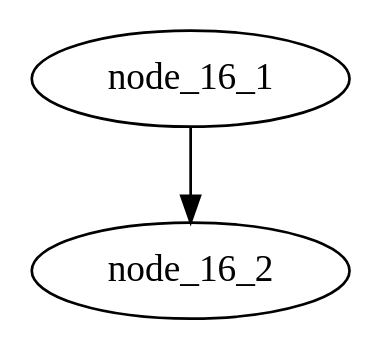
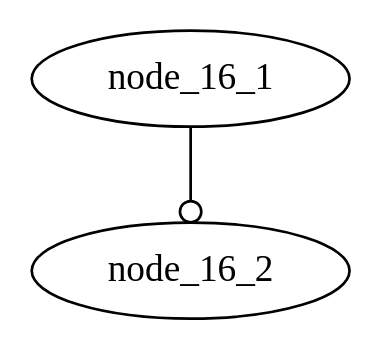
One commit to graphviz-perl/GraphViz2-Marpa changed the diagram in data/16.gv. Above: the diagram before and after it, drawn with Graphviz. The commit also changed 10 other files, not shown here.

```diff
--- a/data/16.gv
+++ b/data/16.gv
@@ -1,4 +1,4 @@
 digraph graph_16
 {
-	node_16_1:port_16_1:n -> node_16_2:port_16_2:s
+	node_16_1:port_16_1:n -> node_16_2:port_16_2:s [arrowhead = odot]
 }
```
